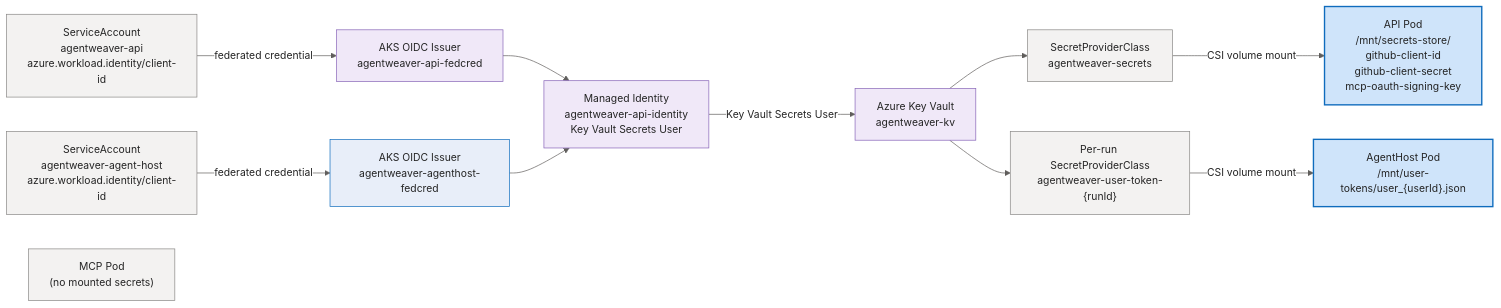
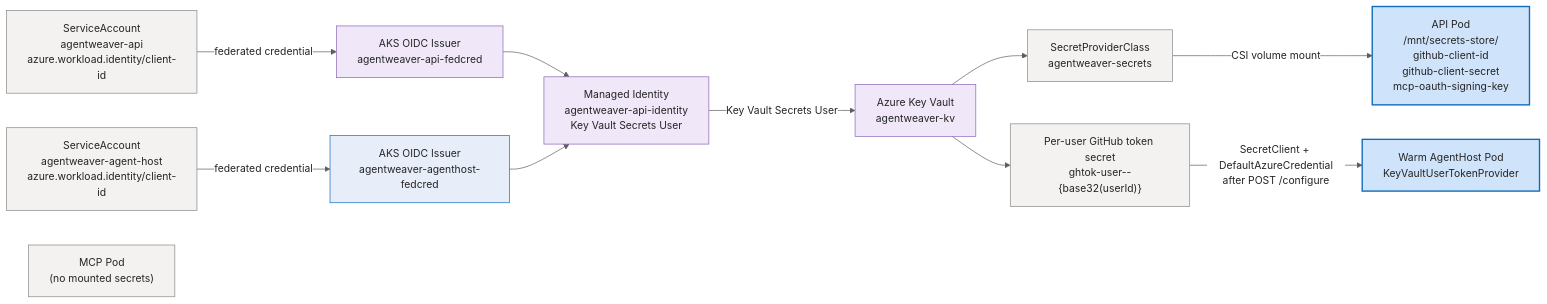
Before and after one commit to sabbour/agentweaver: the sixth of 6 diagrams in docs/architecture-aks.md, drawn with Mermaid. The commit also changed other lines of this file and 40 other files, not shown here.

````diff
--- a/docs/architecture-aks.md
+++ b/docs/architecture-aks.md
@@ -262,35 +296,35 @@
 ```mermaid
 %%{init: {'theme':'base','themeVariables':{'fontFamily':'Segoe UI, system-ui, -apple-system, sans-serif','fontSize':'15px','primaryColor':'#E8EEF9','primaryBorderColor':'#0F6CBD','primaryTextColor':'#242424','lineColor':'#605E5C','clusterBkg':'#FAF9F8','clusterBorder':'#D2D0CE','edgeLabelBackground':'#FFFFFF'}}}%%
 flowchart LR
     MI["Managed Identity<br/>agentweaver-api-identity<br/>Key Vault Secrets User"]
     SA["ServiceAccount<br/>agentweaver-api<br/>azure.workload.identity/client-id"]
     SA2["ServiceAccount<br/>agentweaver-agent-host<br/>azure.workload.identity/client-id"]
     OIDC["AKS OIDC Issuer<br/>agentweaver-api-fedcred"]
     OIDC2["AKS OIDC Issuer<br/>agentweaver-agenthost-fedcred"]
     KV["Azure Key Vault<br/>agentweaver-kv"]
 
     SPC["SecretProviderClass<br/>agentweaver-secrets"]
-    RUNSPC["Per-run SecretProviderClass<br/>agentweaver-user-token-{runId}"]
+    USERSECRET["Per-user GitHub token secret<br/>ghtok-user--{base32(userId)}"]
 
     API["API Pod<br/>/mnt/secrets-store/<br/>github-client-id<br/>github-client-secret<br/>mcp-oauth-signing-key"]
-    AGENT["AgentHost Pod<br/>/mnt/user-tokens/user_{userId}.json"]
+    AGENT["Warm AgentHost Pod<br/>KeyVaultUserTokenProvider"]
     MCP["MCP Pod<br/>(no mounted secrets)"]
 
     SA -->|"federated credential"| OIDC --> MI
     SA2 -->|"federated credential"| OIDC2 --> MI
     MI -->|"Key Vault Secrets User"| KV
     KV --> SPC -->|"CSI volume mount"| API
-    KV --> RUNSPC -->|"CSI volume mount"| AGENT
+    KV --> USERSECRET -->|"SecretClient + DefaultAzureCredential<br/>after POST /configure"| AGENT
 
     classDef client fill:#E8EEF9,stroke:#0F6CBD,stroke-width:1px,color:#242424;
     classDef svc fill:#F3F2F1,stroke:#8A8886,stroke-width:1px,color:#242424;
     classDef core fill:#CFE4FA,stroke:#0F6CBD,stroke-width:2px,color:#242424;
     classDef data fill:#FFF4CE,stroke:#C19C00,stroke-width:1px,color:#242424;
     classDef ext fill:#F0E8F8,stroke:#8764B8,stroke-width:1px,color:#242424;
     classDef runtime fill:#DDF3DD,stroke:#107C10,stroke-width:1px,color:#242424;
     classDef evt fill:#D6F0F0,stroke:#038387,stroke-width:1px,color:#242424;
 
-    class SA,SA2,SPC,RUNSPC,MCP svc;
+    class SA,SA2,SPC,USERSECRET,MCP svc;
     class API,AGENT core;
     class MI,OIDC,KV ext;
 ```
````
